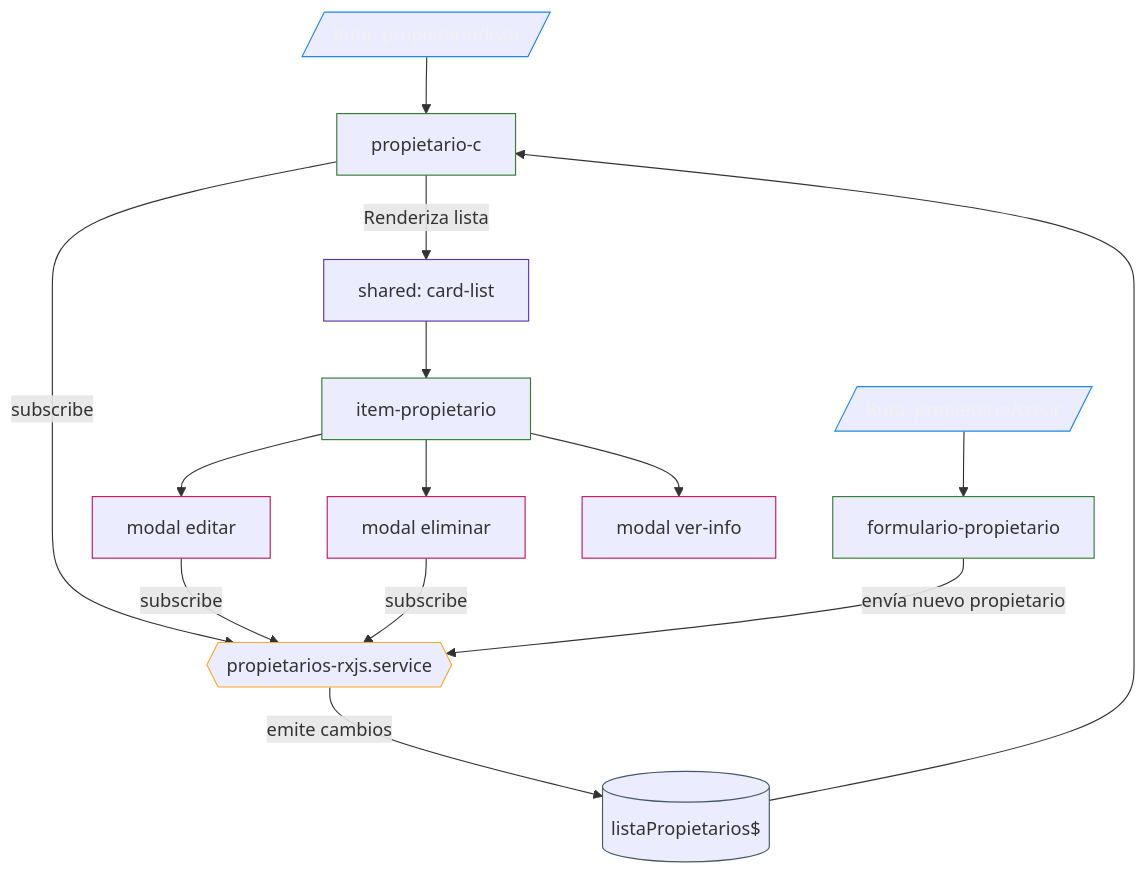
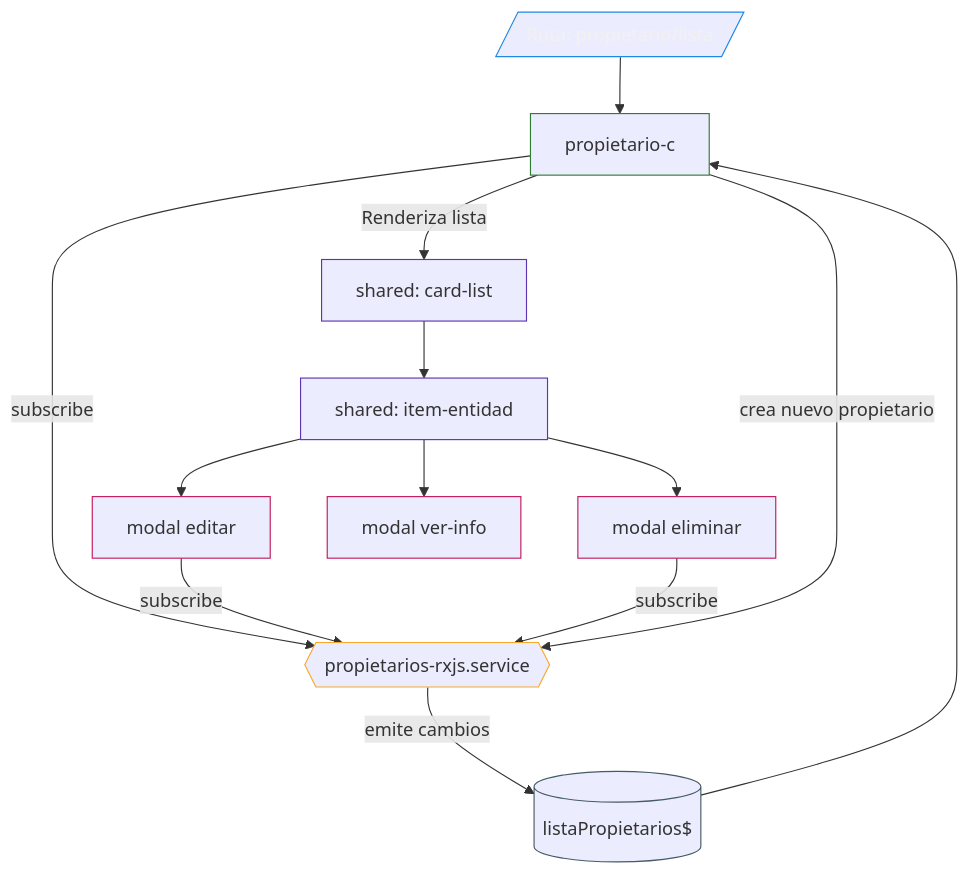
One commit to srOtyy/mvpInmo changed the diagram in docs/diagramas/propietarios_flujo.md. Above: the diagram before and after it, drawn with Mermaid. The commit also changed 18 other files, not shown here.

````diff
--- a/docs/diagramas/propietarios_flujo.md
+++ b/docs/diagramas/propietarios_flujo.md
@@ -4,62 +4,59 @@
 ```mermaid
 flowchart TB
 
     %% Rutas
     R1[/Ruta: propietario/lista/]
-    R2[/Ruta: propietario/crear/]
 
     %% Componentes
     PC[propietario-c]
-    FP[formulario-propietario]
-    IP[item-propietario]
 
     %% Shared
     CL[shared: card-list]
+    IE[shared: item-entidad]
 
     %% Modales
     ME[modal editar]
     MD[modal eliminar]
     MI[modal ver-info]
 
     %% Servicio
     S{{propietarios-rxjs.service}}
 
     %% Estado
     O[(listaPropietarios$)]
 
     %% Flujos
     R1 --> PC
-    R2 --> FP
 
     PC -->|Renderiza lista| CL
-    CL --> IP
+    CL --> IE
 
-    IP --> ME
-    IP --> MD
-    IP --> MI
+    IE --> ME
+    IE --> MD
+    IE --> MI
 
     PC -->|subscribe| S
     ME -->|subscribe| S
     MD -->|subscribe| S
 
-    FP -->|envía nuevo propietario| S
+    PC -->|crea nuevo propietario| S
 
     S -->|emite cambios| O
     O --> PC
 
     %% Estilos
     classDef route stroke:#1E88E5, color:#f1f1f1;
     classDef component stroke:#2E7D32;
     classDef service stroke:#F9A825;
     classDef modal stroke:#C2185B;
     classDef shared stroke:#5E35B1;
     classDef state stroke:#455A64;
 
     class R1,R2 route;
-    class PC,FP,IP component;
-    class CL shared;
+    class PC,IP component;
+    class CL,IE shared;
     class ME,MD,MI modal;
     class S service;
     class O state;
 
 ```
````
